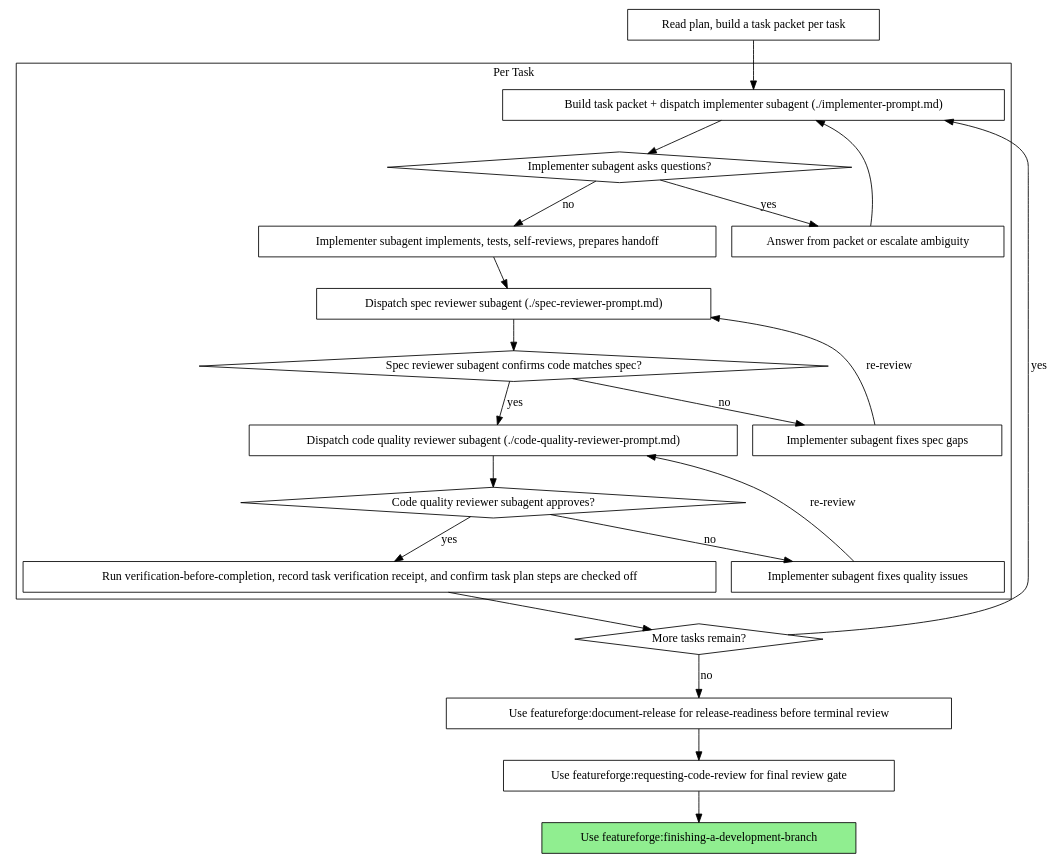
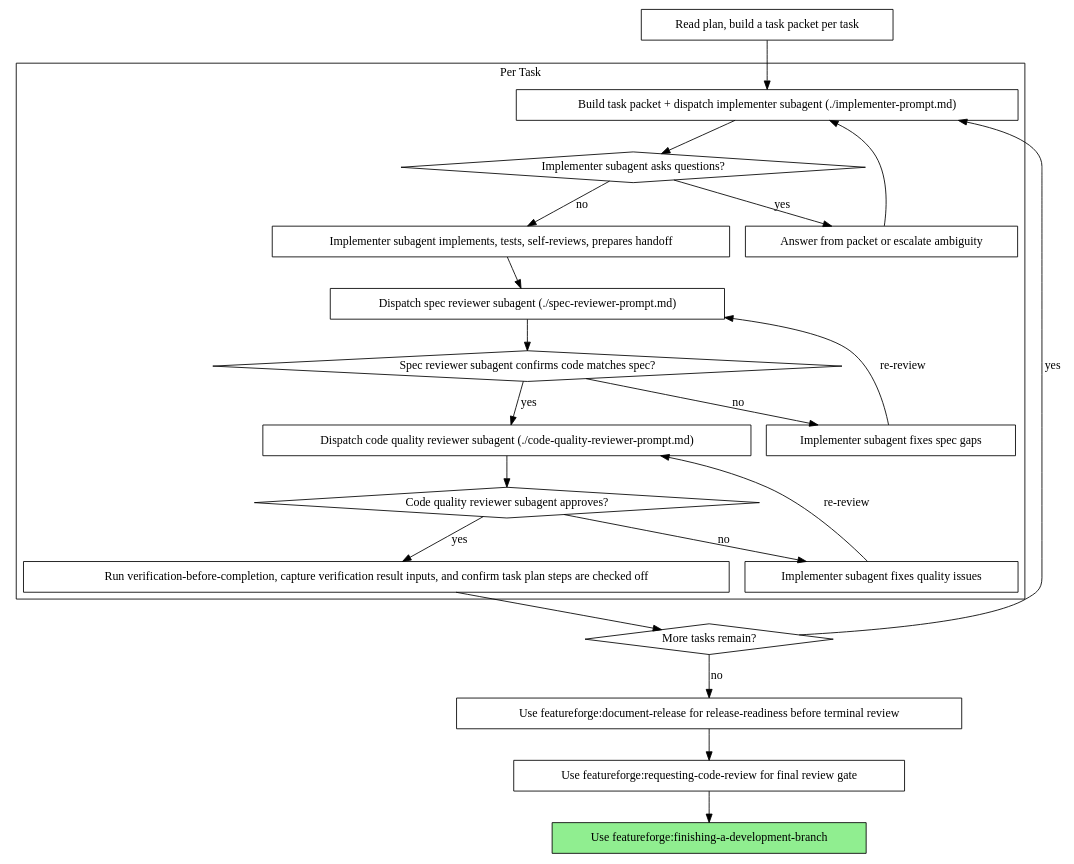
The second of 2 diagrams in skills/subagent-driven-development/SKILL.md (dmulcahey/featureforge), drawn with Graphviz before and after one commit. The commit also changed other lines of this file and 53 other files, not shown here.

````diff
--- a/skills/subagent-driven-development/SKILL.md
+++ b/skills/subagent-driven-development/SKILL.md
@@ -141,46 +139,46 @@
 ```dot
 digraph process {
     rankdir=TB;
 
     subgraph cluster_per_task {
         label="Per Task";
         "Build task packet + dispatch implementer subagent (./implementer-prompt.md)" [shape=box];
         "Implementer subagent asks questions?" [shape=diamond];
         "Answer from packet or escalate ambiguity" [shape=box];
         "Implementer subagent implements, tests, self-reviews, prepares handoff" [shape=box];
         "Dispatch spec reviewer subagent (./spec-reviewer-prompt.md)" [shape=box];
         "Spec reviewer subagent confirms code matches spec?" [shape=diamond];
         "Implementer subagent fixes spec gaps" [shape=box];
         "Dispatch code quality reviewer subagent (./code-quality-reviewer-prompt.md)" [shape=box];
         "Code quality reviewer subagent approves?" [shape=diamond];
         "Implementer subagent fixes quality issues" [shape=box];
-        "Run verification-before-completion, record task verification receipt, and confirm task plan steps are checked off" [shape=box];
+        "Run verification-before-completion, capture verification result inputs, and confirm task plan steps are checked off" [shape=box];
     }
 
     "Read plan, build a task packet per task" [shape=box];
     "More tasks remain?" [shape=diamond];
     "Use featureforge:document-release for release-readiness before terminal review" [shape=box];
     "Use featureforge:requesting-code-review for final review gate" [shape=box];
     "Use featureforge:finishing-a-development-branch" [shape=box style=filled fillcolor=lightgreen];
 
     "Read plan, build a task packet per task" -> "Build task packet + dispatch implementer subagent (./implementer-prompt.md)";
     "Build task packet + dispatch implementer subagent (./implementer-prompt.md)" -> "Implementer subagent asks questions?";
     "Implementer subagent asks questions?" -> "Answer from packet or escalate ambiguity" [label="yes"];
     "Answer from packet or escalate ambiguity" -> "Build task packet + dispatch implementer subagent (./implementer-prompt.md)";
     "Implementer subagent asks questions?" -> "Implementer subagent implements, tests, self-reviews, prepares handoff" [label="no"];
     "Implementer subagent implements, tests, self-reviews, prepares handoff" -> "Dispatch spec reviewer subagent (./spec-reviewer-prompt.md)";
     "Dispatch spec reviewer subagent (./spec-reviewer-prompt.md)" -> "Spec reviewer subagent confirms code matches spec?";
     "Spec reviewer subagent confirms code matches spec?" -> "Implementer subagent fixes spec gaps" [label="no"];
     "Implementer subagent fixes spec gaps" -> "Dispatch spec reviewer subagent (./spec-reviewer-prompt.md)" [label="re-review"];
     "Spec reviewer subagent confirms code matches spec?" -> "Dispatch code quality reviewer subagent (./code-quality-reviewer-prompt.md)" [label="yes"];
     "Dispatch code quality reviewer subagent (./code-quality-reviewer-prompt.md)" -> "Code quality reviewer subagent approves?";
     "Code quality reviewer subagent approves?" -> "Implementer subagent fixes quality issues" [label="no"];
     "Implementer subagent fixes quality issues" -> "Dispatch code quality reviewer subagent (./code-quality-reviewer-prompt.md)" [label="re-review"];
-    "Code quality reviewer subagent approves?" -> "Run verification-before-completion, record task verification receipt, and confirm task plan steps are checked off" [label="yes"];
-    "Run verification-before-completion, record task verification receipt, and confirm task plan steps are checked off" -> "More tasks remain?";
+    "Code quality reviewer subagent approves?" -> "Run verification-before-completion, capture verification result inputs, and confirm task plan steps are checked off" [label="yes"];
+    "Run verification-before-completion, capture verification result inputs, and confirm task plan steps are checked off" -> "More tasks remain?";
     "More tasks remain?" -> "Build task packet + dispatch implementer subagent (./implementer-prompt.md)" [label="yes"];
     "More tasks remain?" -> "Use featureforge:document-release for release-readiness before terminal review" [label="no"];
     "Use featureforge:document-release for release-readiness before terminal review" -> "Use featureforge:requesting-code-review for final review gate";
     "Use featureforge:requesting-code-review for final review gate" -> "Use featureforge:finishing-a-development-branch";
 }
 ```
````
